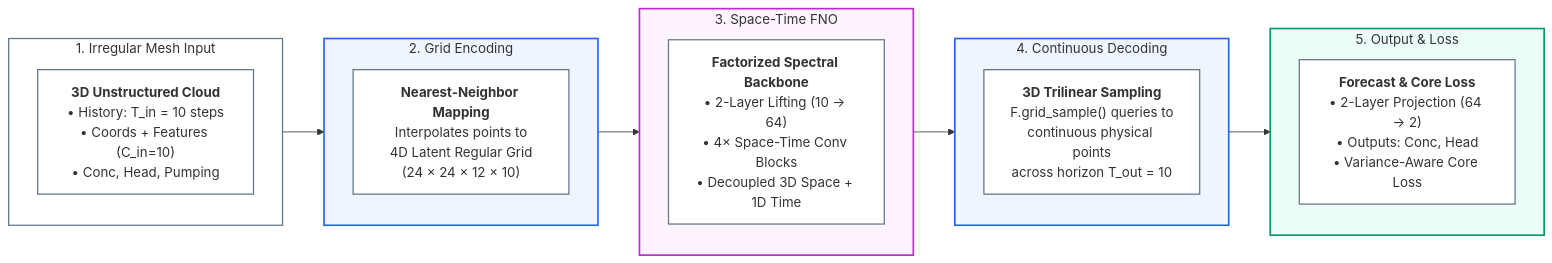
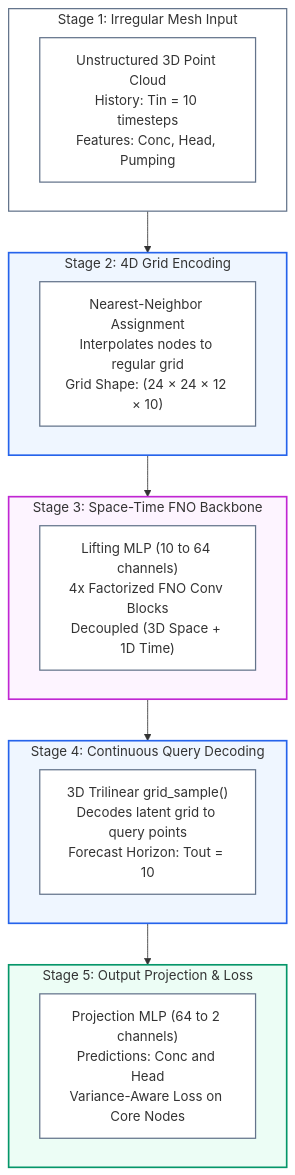
The first of 2 diagrams in docs/space_time_fno_overview.md (arpit-kapoor/GW_SciML), drawn with Mermaid before and after one commit. The commit also changed other lines of this file, not shown here.

Commit message:
docs: update Mermaid diagrams to improve layout and clarify model architecture details

````diff
--- a/docs/space_time_fno_overview.md
+++ b/docs/space_time_fno_overview.md
@@ -11,39 +11,34 @@
 ```mermaid
-flowchart LR
-    subgraph INPUT ["1. Irregular Mesh Input"]
-        direction TB
-        in_pts["<b>3D Unstructured Cloud</b><br/>• History: T_in = 10 steps<br/>• Coords + Features (C_in=10)<br/>• Conc, Head, Pumping"]
+flowchart TD
+    subgraph S1 ["Stage 1: Irregular Mesh Input"]
+        in_pts["Unstructured 3D Point Cloud<br/>History: Tin = 10 timesteps<br/>Features: Conc, Head, Pumping"]
     end
 
-    subgraph ENCODE ["2. Grid Encoding"]
-        direction TB
-        enc["<b>Nearest-Neighbor Mapping</b><br/>Interpolates points to<br/>4D Latent Regular Grid<br/>(24 × 24 × 12 × 10)"]
+    subgraph S2 ["Stage 2: 4D Grid Encoding"]
+        enc["Nearest-Neighbor Assignment<br/>Interpolates nodes to regular grid<br/>Grid Shape: (24 × 24 × 12 × 10)"]
     end
 
-    subgraph BACKBONE ["3. Space-Time FNO"]
-        direction TB
-        fno["<b>Factorized Spectral Backbone</b><br/>• 2-Layer Lifting (10 → 64)<br/>• 4× Space-Time Conv Blocks<br/>• Decoupled 3D Space + 1D Time"]
+    subgraph S3 ["Stage 3: Space-Time FNO Backbone"]
+        fno["Lifting MLP (10 to 64 channels)<br/>4x Factorized FNO Conv Blocks<br/>Decoupled (3D Space + 1D Time)"]
     end
 
-    subgraph DECODE ["4. Continuous Decoding"]
-        direction TB
-        dec["<b>3D Trilinear Sampling</b><br/>F.grid_sample() queries to<br/>continuous physical points<br/>across horizon T_out = 10"]
+    subgraph S4 ["Stage 4: Continuous Query Decoding"]
+        dec["3D Trilinear grid_sample()<br/>Decodes latent grid to query points<br/>Forecast Horizon: Tout = 10"]
     end
 
-    subgraph OUTPUT ["5. Output & Loss"]
-        direction TB
-        out["<b>Forecast & Core Loss</b><br/>• 2-Layer Projection (64 → 2)<br/>• Outputs: Conc, Head<br/>• Variance-Aware Core Loss"]
+    subgraph S5 ["Stage 5: Output Projection & Loss"]
+        out["Projection MLP (64 to 2 channels)<br/>Predictions: Conc and Head<br/>Variance-Aware Loss on Core Nodes"]
     end
 
-    INPUT --> ENCODE --> BACKBONE --> DECODE --> OUTPUT
+    S1 --> S2 --> S3 --> S4 --> S5
 
     classDef default fill:#ffffff,stroke:#64748b,stroke-width:1.5px;
     classDef highlight fill:#eff6ff,stroke:#2563eb,stroke-width:2px;
     classDef accent fill:#fdf4ff,stroke:#c026d3,stroke-width:2px;
     classDef success fill:#ecfdf5,stroke:#059669,stroke-width:2px;
 
-    class INPUT default;
-    class ENCODE,DECODE highlight;
-    class BACKBONE accent;
-    class OUTPUT success;
+    class S1 default;
+    class S2,S4 highlight;
+    class S3 accent;
+    class S5 success;
 ```
````
